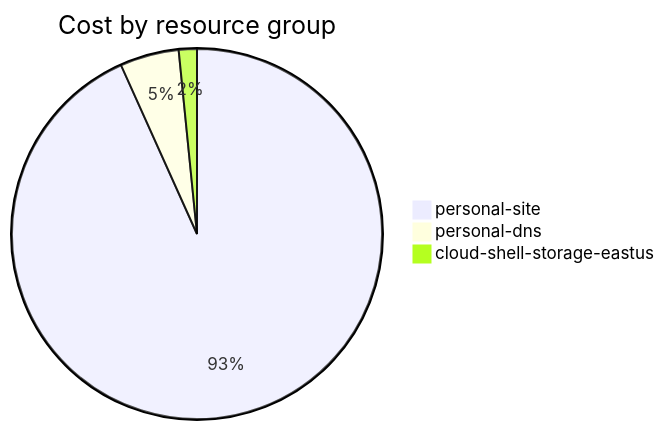
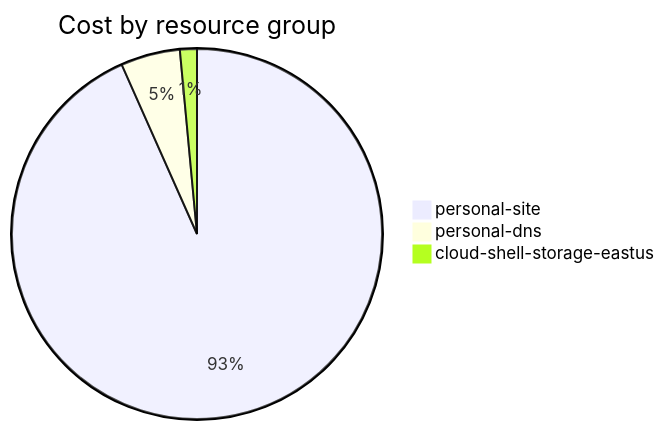
Before and after one commit to jpfulton/azure-personal-reports: the fourth of 4 diagrams in cost-reports/accumulated-cost.md, drawn with Mermaid. The commit also changed other lines of this file and 4 other files, not shown here.

````diff
--- a/cost-reports/accumulated-cost.md
+++ b/cost-reports/accumulated-cost.md
@@ -143,7 +143,7 @@
 ```mermaid
 pie
    title Cost by resource group
-   "personal-site" : 7.07
-   "personal-dns" : 0.39
+   "personal-site" : 7.57
+   "personal-dns" : 0.42
    "cloud-shell-storage-eastus" : 0.12
 ```
````
